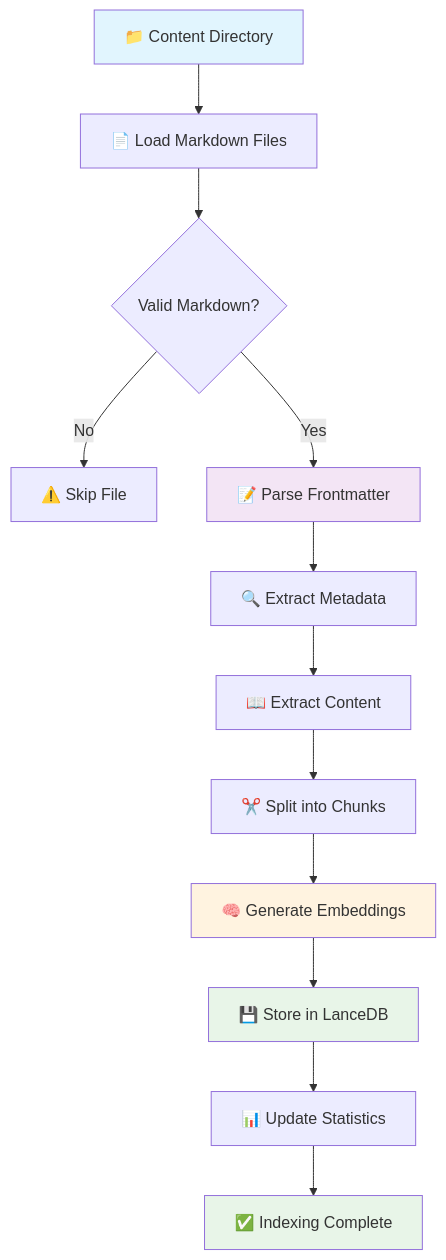
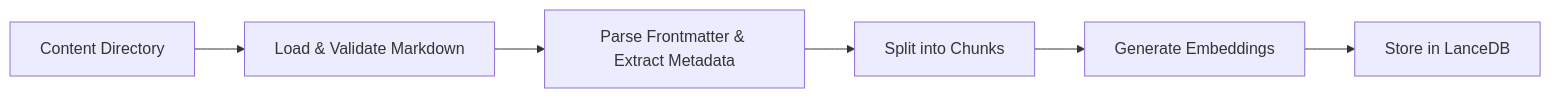
One commit to justmeloic/from-first-principles changed the first of 2 diagrams in services/ai/src/indexing/README.md. Above: the diagram before and after it, drawn with Mermaid. The commit also changed other lines of this file, not shown here.

Commit message:
docs(indexing): simplify README

````diff
--- a/services/ai/src/indexing/README.md
+++ b/services/ai/src/indexing/README.md
@@ -42,20 +42,8 @@
 ```mermaid
-flowchart TD
-    A[📁 Content Directory] --> B[📄 Load Markdown Files]
-    B --> C{Valid Markdown?}
-    C -->|No| D[⚠️ Skip File]
-    C -->|Yes| E[📝 Parse Frontmatter]
-    E --> F[🔍 Extract Metadata]
-    F --> G[📖 Extract Content]
-    G --> H[✂️ Split into Chunks]
-    H --> I[🧠 Generate Embeddings]
-    I --> J[💾 Store in LanceDB]
-    J --> K[📊 Update Statistics]
-    K --> L[✅ Indexing Complete]
-
-    style A fill:#e1f5fe
-    style E fill:#f3e5f5
-    style I fill:#fff3e0
-    style J fill:#e8f5e8
-    style L fill:#e8f5e8
+flowchart LR
+    A[Content Directory] --> B[Load & Validate Markdown]
+    B --> C[Parse Frontmatter & Extract Metadata]
+    C --> D[Split into Chunks]
+    D --> E[Generate Embeddings]
+    E --> F[Store in LanceDB]
 ```
````
